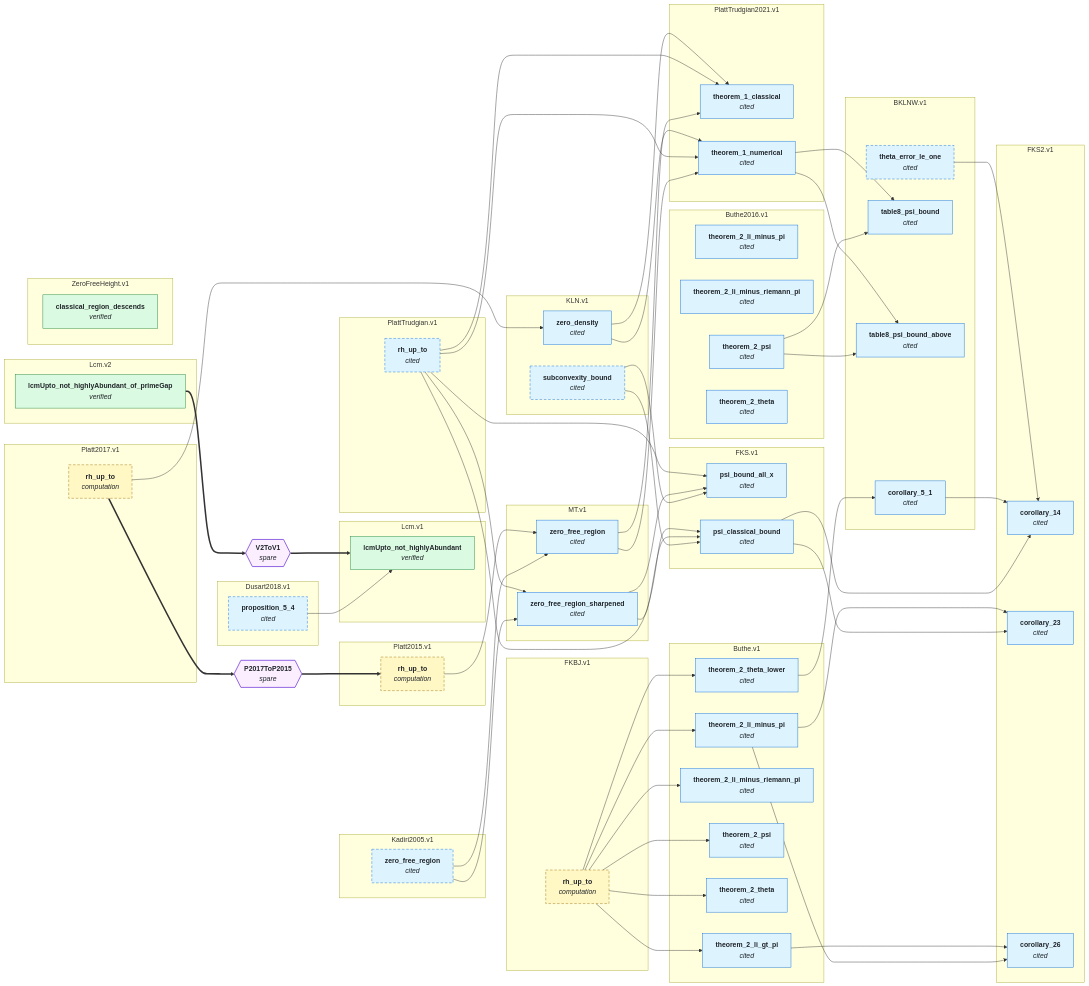
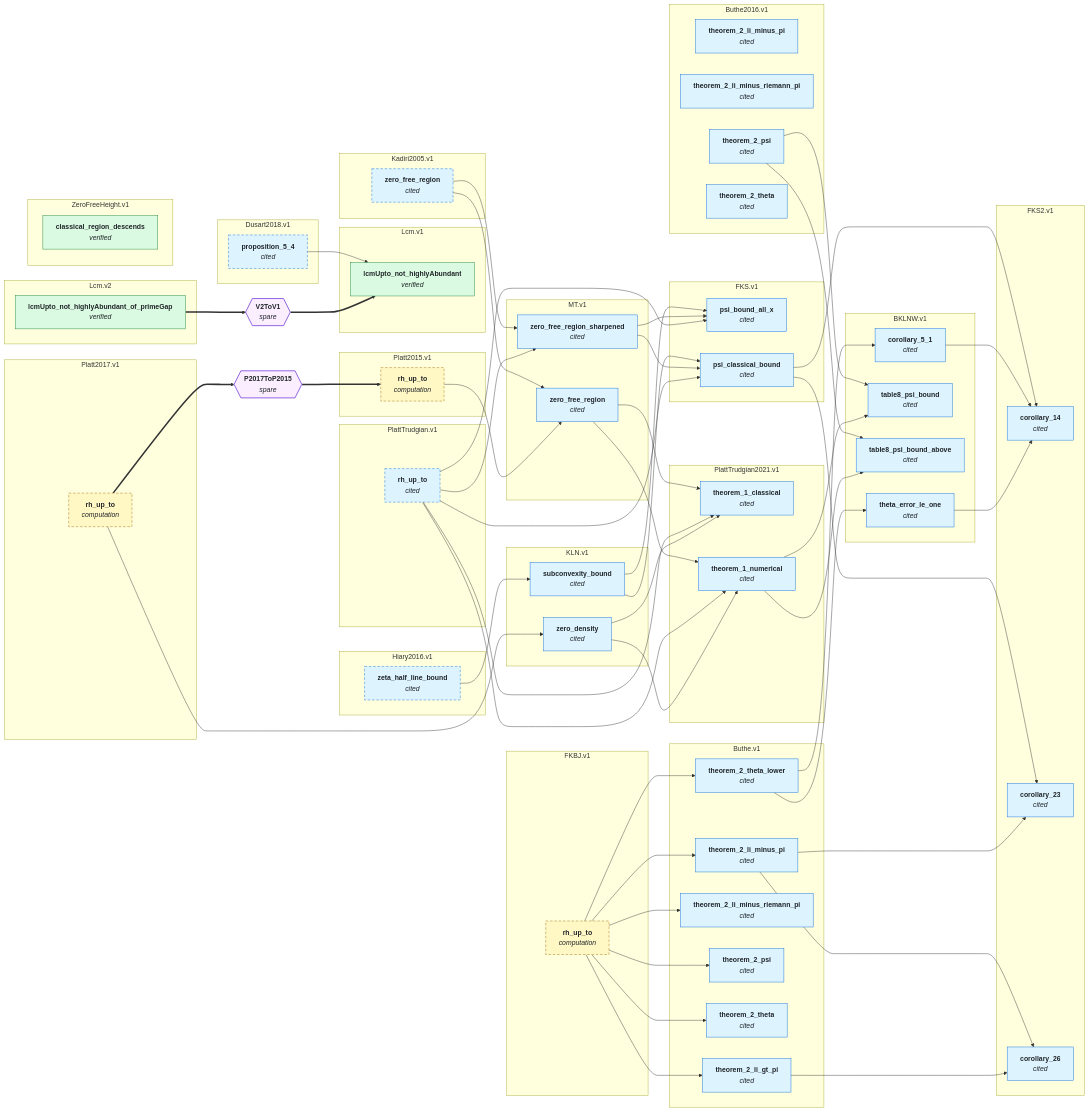
Before and after one commit to teorth/IEANTN: the second of 2 diagrams in GRAPH.md, drawn with Mermaid. The commit also changed other lines of this file and 15 other files, not shown here.

First line of the commit message:
Trace KLN's subconvexity bound to Hiary, and BKLNW's theta bound to Buthe

```diff
--- a/GRAPH.md
+++ b/GRAPH.md
@@ -156,6 +158,9 @@
     FKS2_v1_corollary_14["<b>corollary_14</b><br/><i>cited</i>"]
     FKS2_v1_corollary_23["<b>corollary_23</b><br/><i>cited</i>"]
     FKS2_v1_corollary_26["<b>corollary_26</b><br/><i>cited</i>"]
+  end
+  subgraph sgHiary2016_v1["Hiary2016.v1"]
+    Hiary2016_v1_zeta_half_line_bound["<b>zeta_half_line_bound</b><br/><i>cited</i>"]
   end
   subgraph sgKLN_v1["KLN.v1"]
     KLN_v1_subconvexity_bound["<b>subconvexity_bound</b><br/><i>cited</i>"]
@@ -195,6 +200,7 @@
   PlattTrudgian2021_v1_theorem_1_numerical --> BKLNW_v1_table8_psi_bound
   Buthe2016_v1_theorem_2_psi --> BKLNW_v1_table8_psi_bound_above
   PlattTrudgian2021_v1_theorem_1_numerical --> BKLNW_v1_table8_psi_bound_above
+  Buthe_v1_theorem_2_theta_lower --> BKLNW_v1_theta_error_le_one
   FKBJ_v1_rh_up_to --> Buthe_v1_theorem_2_li_gt_pi
   FKBJ_v1_rh_up_to --> Buthe_v1_theorem_2_li_minus_pi
   FKBJ_v1_rh_up_to --> Buthe_v1_theorem_2_li_minus_riemann_pi
@@ -214,6 +220,7 @@
   Buthe_v1_theorem_2_li_minus_pi --> FKS2_v1_corollary_23
   Buthe_v1_theorem_2_li_minus_pi --> FKS2_v1_corollary_26
   Buthe_v1_theorem_2_li_gt_pi --> FKS2_v1_corollary_26
+  Hiary2016_v1_zeta_half_line_bound --> KLN_v1_subconvexity_bound
   Platt2017_v1_rh_up_to --> KLN_v1_zero_density
   Dusart2018_v1_proposition_5_4 --> Lcm_v1_lcmUpto_not_highlyAbundant
   Kadiri2005_v1_zero_free_region --> MT_v1_zero_free_region
@@ -232,10 +239,9 @@
   BRPlatt2015_v1_rh_up_to__bridge_from_platt2017{{"<b>P2017ToP2015</b><br/><i>spare</i>"}}
   Platt2017_v1_rh_up_to ==> BRPlatt2015_v1_rh_up_to__bridge_from_platt2017
   BRPlatt2015_v1_rh_up_to__bridge_from_platt2017 ==> Platt2015_v1_rh_up_to
-  style BKLNW_v1_theta_error_le_one stroke-dasharray: 6 4;
   style Dusart2018_v1_proposition_5_4 stroke-dasharray: 6 4;
   style FKBJ_v1_rh_up_to stroke-dasharray: 6 4;
-  style KLN_v1_subconvexity_bound stroke-dasharray: 6 4;
+  style Hiary2016_v1_zeta_half_line_bound stroke-dasharray: 6 4;
   style Kadiri2005_v1_zero_free_region stroke-dasharray: 6 4;
   style Platt2015_v1_rh_up_to stroke-dasharray: 6 4;
   style Platt2017_v1_rh_up_to stroke-dasharray: 6 4;
@@ -249,7 +255,7 @@
   classDef bridge fill:#fbefff,stroke:#8250df,color:#1f2328,stroke-width:2px;
   class BRLcm_v1_lcmUpto_not_highlyAbundant__bridge_from_v2,BRPlatt2015_v1_rh_up_to__bridge_from_platt2017 bridge;
   class Lcm_v1_lcmUpto_not_highlyAbundant,Lcm_v2_lcmUpto_not_highlyAbundant_of_primeGap,ZeroFreeHeight_v1_classical_region_descends lean_comparator;
-  class BKLNW_v1_corollary_5_1,BKLNW_v1_table8_psi_bound,BKLNW_v1_table8_psi_bound_above,BKLNW_v1_theta_error_le_one,Buthe_v1_theorem_2_li_gt_pi,Buthe_v1_theorem_2_li_minus_pi,Buthe_v1_theorem_2_li_minus_riemann_pi,Buthe_v1_theorem_2_psi,Buthe_v1_theorem_2_theta,Buthe_v1_theorem_2_theta_lower,Buthe2016_v1_theorem_2_li_minus_pi,Buthe2016_v1_theorem_2_li_minus_riemann_pi,Buthe2016_v1_theorem_2_psi,Buthe2016_v1_theorem_2_theta,Dusart2018_v1_proposition_5_4,FKS_v1_psi_bound_all_x,FKS_v1_psi_classical_bound,FKS2_v1_corollary_14,FKS2_v1_corollary_23,FKS2_v1_corollary_26,KLN_v1_subconvexity_bound,KLN_v1_zero_density,Kadiri2005_v1_zero_free_region,MT_v1_zero_free_region,MT_v1_zero_free_region_sharpened,PlattTrudgian_v1_rh_up_to,PlattTrudgian2021_v1_theorem_1_classical,PlattTrudgian2021_v1_theorem_1_numerical literature;
+  class BKLNW_v1_corollary_5_1,BKLNW_v1_table8_psi_bound,BKLNW_v1_table8_psi_bound_above,BKLNW_v1_theta_error_le_one,Buthe_v1_theorem_2_li_gt_pi,Buthe_v1_theorem_2_li_minus_pi,Buthe_v1_theorem_2_li_minus_riemann_pi,Buthe_v1_theorem_2_psi,Buthe_v1_theorem_2_theta,Buthe_v1_theorem_2_theta_lower,Buthe2016_v1_theorem_2_li_minus_pi,Buthe2016_v1_theorem_2_li_minus_riemann_pi,Buthe2016_v1_theorem_2_psi,Buthe2016_v1_theorem_2_theta,Dusart2018_v1_proposition_5_4,FKS_v1_psi_bound_all_x,FKS_v1_psi_classical_bound,FKS2_v1_corollary_14,FKS2_v1_corollary_23,FKS2_v1_corollary_26,Hiary2016_v1_zeta_half_line_bound,KLN_v1_subconvexity_bound,KLN_v1_zero_density,Kadiri2005_v1_zero_free_region,MT_v1_zero_free_region,MT_v1_zero_free_region_sharpened,PlattTrudgian_v1_rh_up_to,PlattTrudgian2021_v1_theorem_1_classical,PlattTrudgian2021_v1_theorem_1_numerical literature;
   class FKBJ_v1_rh_up_to,Platt2015_v1_rh_up_to,Platt2017_v1_rh_up_to numerical;
   click BKLNW_v1_corollary_5_1 href "https://github.com/teorth/IEANTN/blob/main/docs/nodes/BKLNW-v1.md#corollary_5_1" _blank
   click BKLNW_v1_table8_psi_bound href "https://github.com/teorth/IEANTN/blob/main/docs/nodes/BKLNW-v1.md#table8_psi_bound" _blank
@@ -272,6 +278,7 @@
   click FKS2_v1_corollary_14 href "https://github.com/teorth/IEANTN/blob/main/docs/nodes/FKS2-v1.md#corollary_14" _blank
   click FKS2_v1_corollary_23 href "https://github.com/teorth/IEANTN/blob/main/docs/nodes/FKS2-v1.md#corollary_23" _blank
   click FKS2_v1_corollary_26 href "https://github.com/teorth/IEANTN/blob/main/docs/nodes/FKS2-v1.md#corollary_26" _blank
+  click Hiary2016_v1_zeta_half_line_bound href "https://github.com/teorth/IEANTN/blob/main/docs/nodes/Hiary2016-v1.md#zeta_half_line_bound" _blank
   click KLN_v1_subconvexity_bound href "https://github.com/teorth/IEANTN/blob/main/docs/nodes/KLN-v1.md#subconvexity_bound" _blank
   click KLN_v1_zero_density href "https://github.com/teorth/IEANTN/blob/main/docs/nodes/KLN-v1.md#zero_density" _blank
   click Kadiri2005_v1_zero_free_region href "https://github.com/teorth/IEANTN/blob/main/docs/nodes/Kadiri2005-v1.md#zero_free_region" _blank
```
